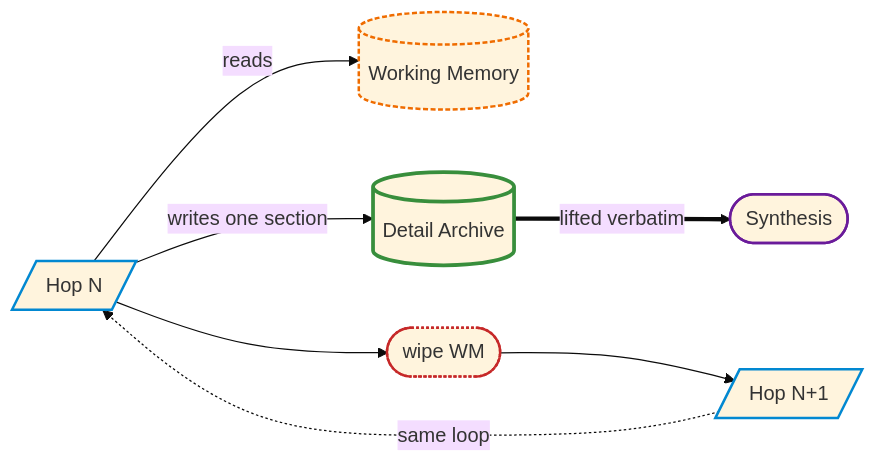
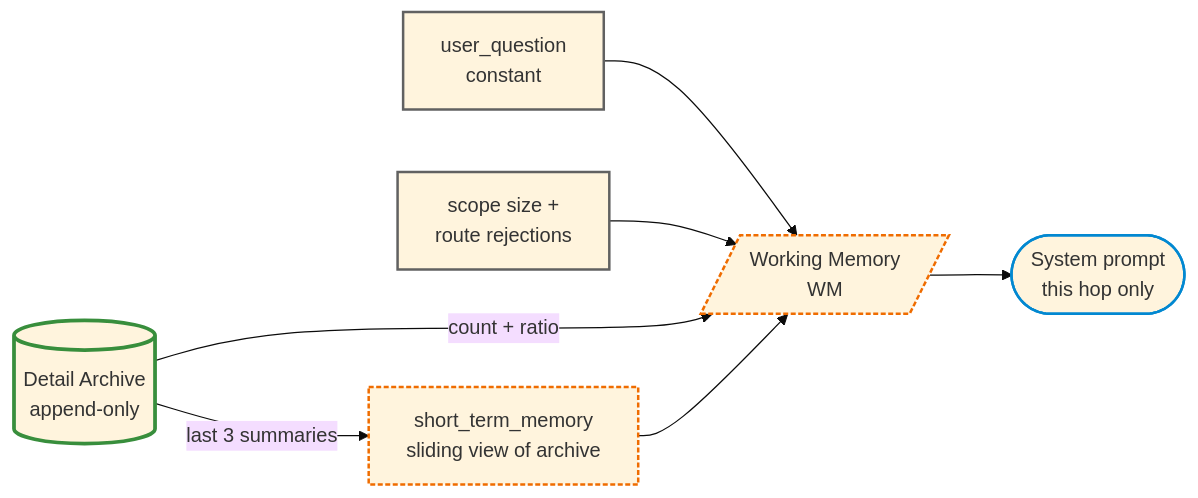
Before and after one commit to ChrisDevRepo/vscode_data_lineage: the fourth of 7 diagrams in docs/ARCHITECTURE.md, drawn with Mermaid (base theme). The commit also changed other lines of this file and 1 other file, not shown here.

First line of the commit message:
docs(architecture): redesign Mermaid diagrams with UML/C4 conventions

````diff
--- a/docs/ARCHITECTURE.md
+++ b/docs/ARCHITECTURE.md
@@ -147,15 +149,18 @@
 ```mermaid
 flowchart LR
-    H1[/Hop N/]:::hop -->|reads| WM[(Working Memory)]:::transient
-    H1 -->|writes one section| DA[(Detail Archive)]:::persistent
-    H1 --> WIPE([wipe WM]):::wipe
-    WIPE --> H2[/Hop N+1/]:::hop
-    H2 -.->|same loop| H1
-    DA ==>|lifted verbatim| SYN([Synthesis]):::synthesis
+    UQ[user_question<br/>constant]:::const
+    DA[(Detail Archive<br/>append-only)]:::persistent
+    SCOPE[scope size +<br/>route rejections]:::const
 
-    classDef hop stroke:#0288d1,stroke-width:2px
+    UQ --> WM
+    SCOPE --> WM[/Working Memory<br/>WM/]:::wm
+    DA -->|count + ratio| WM
+    DA -->|last 3 summaries| STM[short_term_memory<br/>sliding view of archive]:::wm
+    STM --> WM
+    WM --> PROMPT([System prompt<br/>this hop only]):::prompt
+
+    classDef const stroke:#616161,stroke-width:2px
     classDef persistent stroke:#388e3c,stroke-width:3px
-    classDef transient stroke:#ef6c00,stroke-width:2px,stroke-dasharray:4 2
-    classDef wipe stroke:#c62828,stroke-width:2px,stroke-dasharray:2 2
-    classDef synthesis stroke:#6a1b9a,stroke-width:2px
+    classDef wm stroke:#ef6c00,stroke-width:2px,stroke-dasharray:4 2
+    classDef prompt stroke:#0288d1,stroke-width:2px
 ```
````
